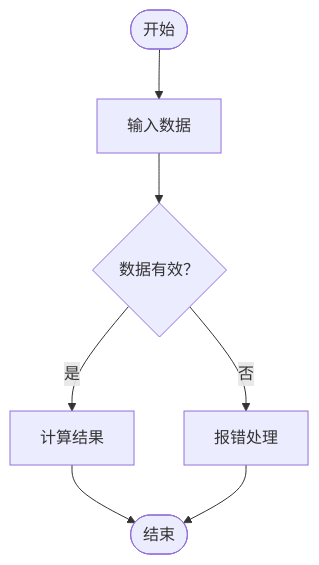
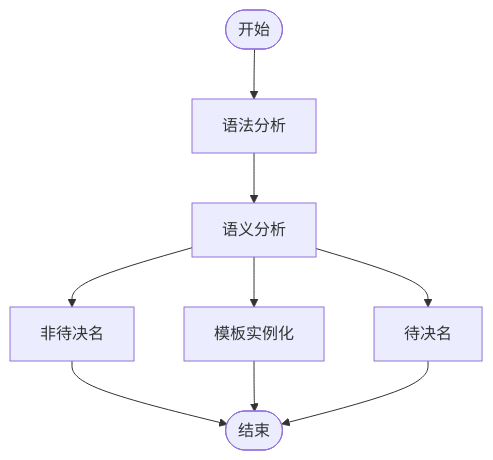
The first of 2 diagrams in learning.md (NatalieLouis/reaction), drawn with Mermaid before and after one commit. The commit also changed other lines of this file and 1 other file, not shown here.

Commit message:
to test plantUML

````diff
--- a/learning.md
+++ b/learning.md
@@ -24,9 +24,11 @@
 ```mermaid
 graph TD
-  Start([开始]) --> Input[输入数据]
-  Input --> Process{数据有效？}
-  Process -- 是 --> Compute[计算结果]
-  Process -- 否 --> Error[报错处理]
+  Start([开始]) --> Input[语法分析]
+  Input --> Process[语义分析]
+  Process --> Compute[非待决名]
+  Process --> Error[模板实例化]
+  Process --> temp[待决名]
   Compute --> End([结束])
   Error --> End
+  temp-->End
 ```
````
